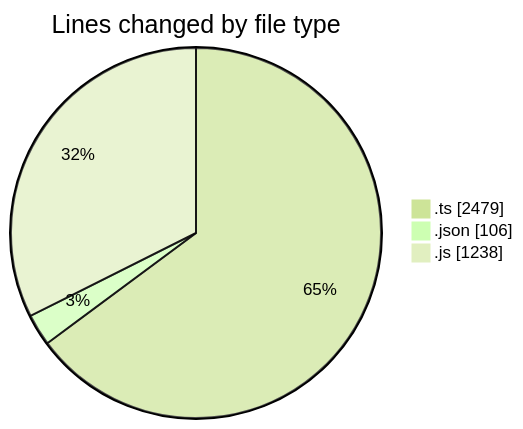
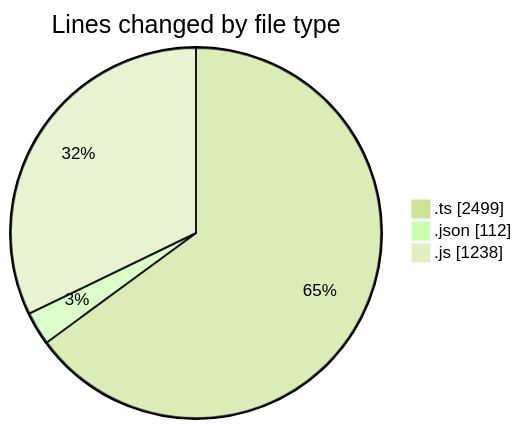
One commit to momahboobian/code-tracking changed the first of 2 diagrams in 2025-07-30/cda/README.md. Above: the diagram before and after it, drawn with Mermaid (forest theme). The commit also changed other lines of this file and 1 other file, not shown here.

````diff
--- a/2025-07-30/cda/README.md
+++ b/2025-07-30/cda/README.md
@@ -26,7 +26,7 @@
 ```mermaid
 pie showData
 title Lines changed by file type
-".ts" : 2479
-".json" : 106
+".ts" : 2499
+".json" : 112
 ".js" : 1238
 ```
````
